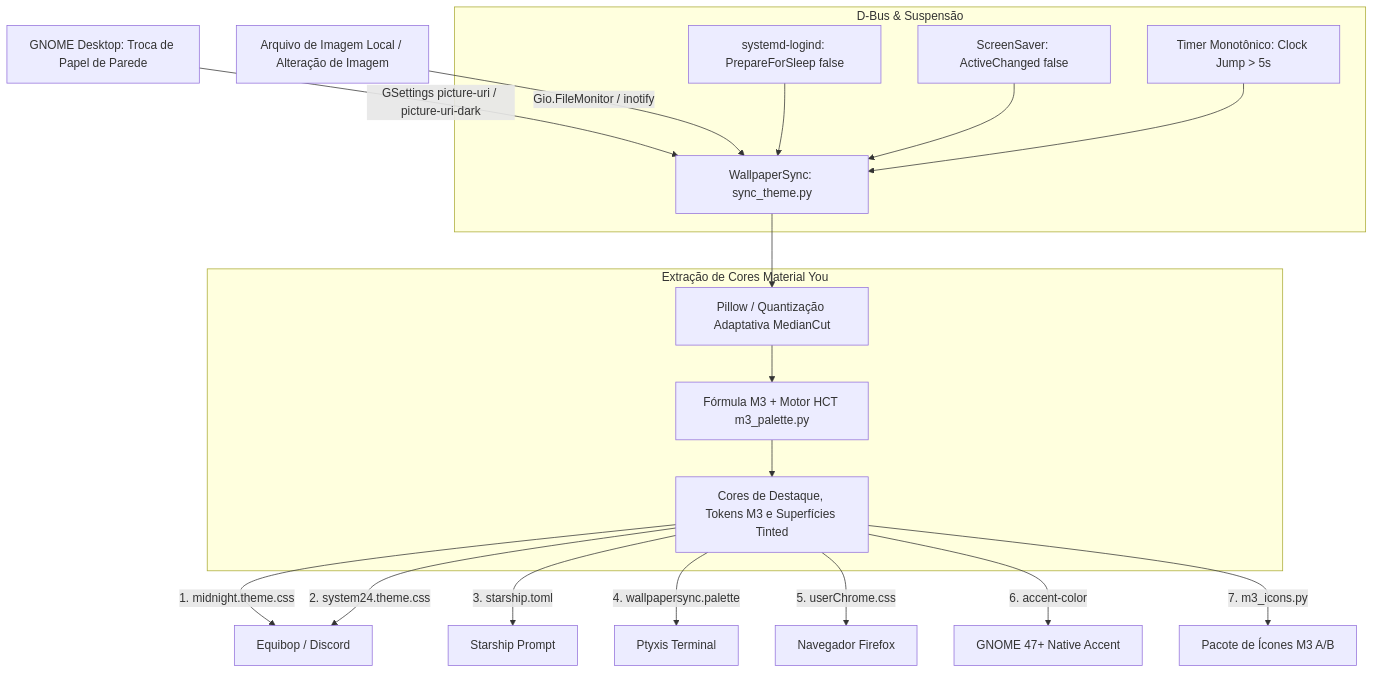
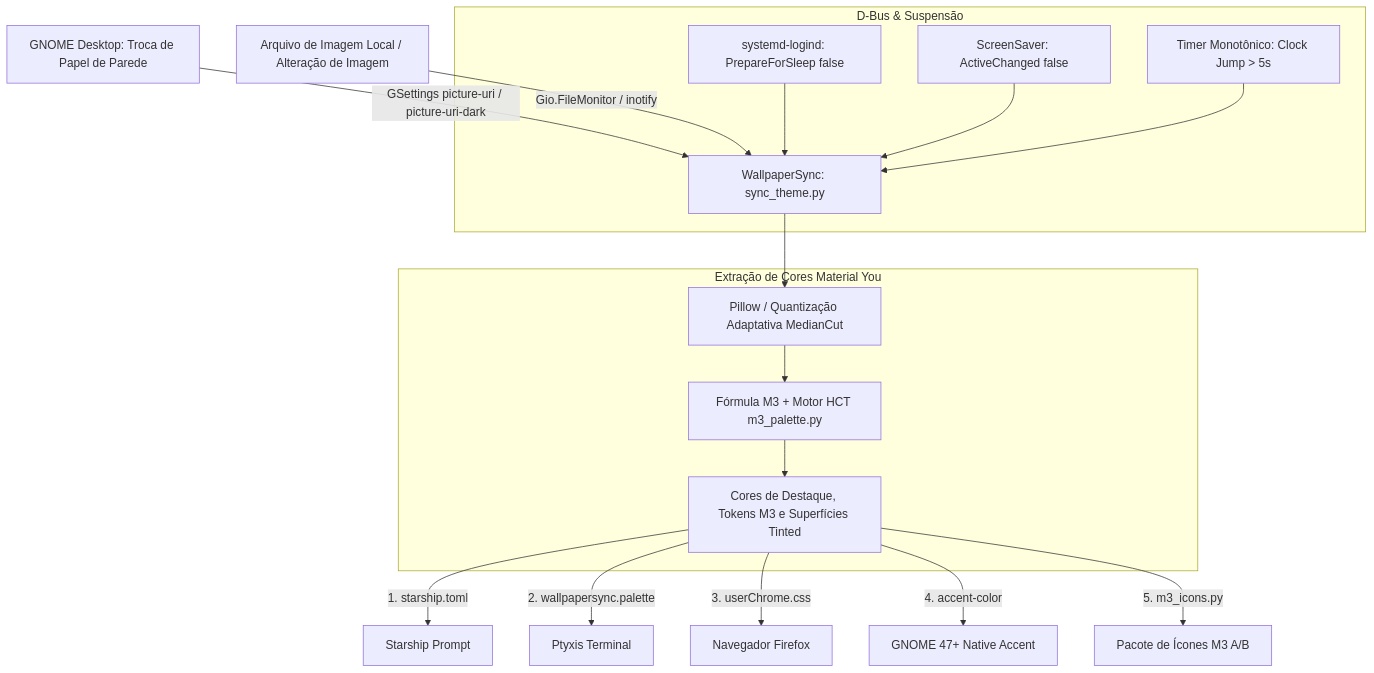
One commit to PedroMachado1/WallpaperSync changed the diagram in README.md. Above: the diagram before and after it, drawn with Mermaid. The commit also changed other lines of this file and 4 other files, not shown here.

Commit message:
refactor: remove Discord/Equibop theme integration

````diff
--- a/README.md
+++ b/README.md
@@ -25,25 +24,23 @@
 ```mermaid
 flowchart TD
     A[GNOME Desktop: Troca de Papel de Parede] -->|GSettings picture-uri / picture-uri-dark| D[WallpaperSync: sync_theme.py]
     A2[Arquivo de Imagem Local / Alteração de Imagem] -->|Gio.FileMonitor / inotify| D
     
     subgraph D-Bus & Suspensão
         S1[systemd-logind: PrepareForSleep false] --> D
         S2[ScreenSaver: ActiveChanged false] --> D
         S3[Timer Monotônico: Clock Jump > 5s] --> D
     end
 
     subgraph Extração de Cores Material You
         D --> E1[Pillow / Quantização Adaptativa MedianCut]
         E1 --> E2[Fórmula M3 + Motor HCT m3_palette.py]
         E2 --> E3[Cores de Destaque, Tokens M3 e Superfícies Tinted]
     end
 
-    E3 -->|1. midnight.theme.css| F1[Equibop / Discord]
-    E3 -->|2. system24.theme.css| F1
-    E3 -->|3. starship.toml| F2[Starship Prompt]
-    E3 -->|4. wallpapersync.palette| F3[Ptyxis Terminal]
-    E3 -->|5. userChrome.css| F4[Navegador Firefox]
-    E3 -->|6. accent-color| F5[GNOME 47+ Native Accent]
-    E3 -->|7. m3_icons.py| F6[Pacote de Ícones M3 A/B]
+    E3 -->|1. starship.toml| F2[Starship Prompt]
+    E3 -->|2. wallpapersync.palette| F3[Ptyxis Terminal]
+    E3 -->|3. userChrome.css| F4[Navegador Firefox]
+    E3 -->|4. accent-color| F5[GNOME 47+ Native Accent]
+    E3 -->|5. m3_icons.py| F6[Pacote de Ícones M3 A/B]
 ```
````
